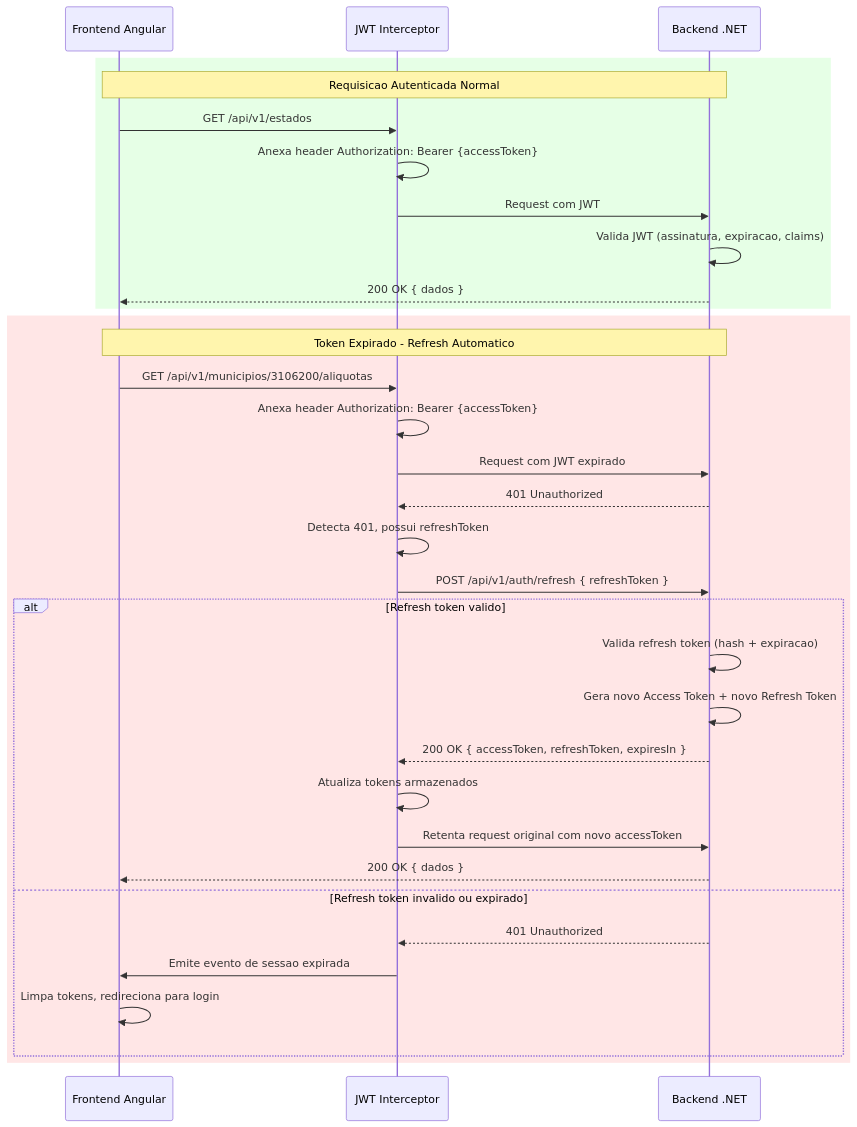
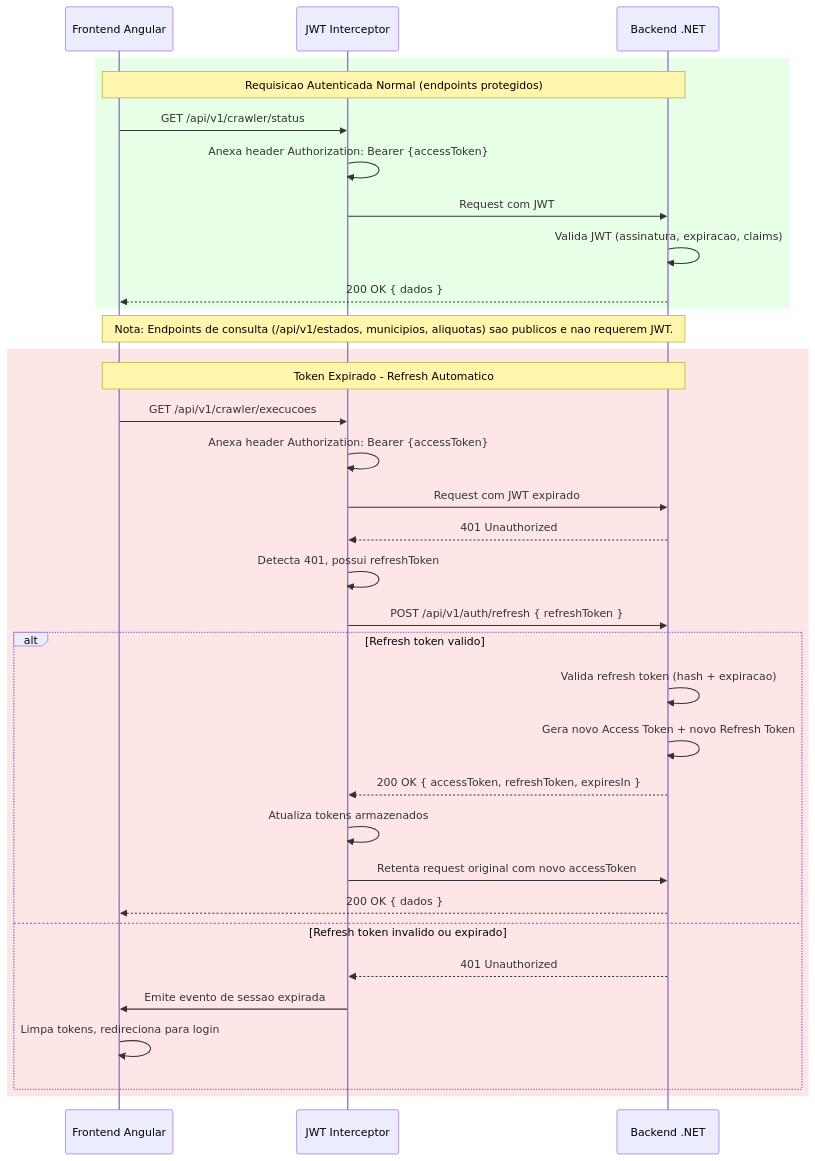
Before and after one commit to john182/poc-open-spec: the fifth of 8 diagrams in docs/technical-doc.md, drawn with Mermaid. The commit also changed other lines of this file and 6 other files, not shown here.

Commit message:
docs: update technical docs, worker strategy and API contracts to reflect DI refactoring, camelCase collections, public consulta endpoints and centralized index setup

````diff
--- a/docs/technical-doc.md
+++ b/docs/technical-doc.md
@@ -422,37 +422,39 @@
 ```mermaid
 sequenceDiagram
     participant F as Frontend Angular
     participant I as JWT Interceptor
     participant B as Backend .NET
 
     rect rgb(230, 255, 230)
-        Note over F,B: Requisicao Autenticada Normal
-        F->>I: GET /api/v1/estados
+        Note over F,B: Requisicao Autenticada Normal (endpoints protegidos)
+        F->>I: GET /api/v1/crawler/status
         I->>I: Anexa header Authorization: Bearer {accessToken}
         I->>B: Request com JWT
         B->>B: Valida JWT (assinatura, expiracao, claims)
         B-->>F: 200 OK { dados }
     end
 
+    Note over F,B: Nota: Endpoints de consulta (/api/v1/estados, municipios, aliquotas) sao publicos e nao requerem JWT.
+
     rect rgb(255, 230, 230)
         Note over F,B: Token Expirado - Refresh Automatico
-        F->>I: GET /api/v1/municipios/3106200/aliquotas
+        F->>I: GET /api/v1/crawler/execucoes
         I->>I: Anexa header Authorization: Bearer {accessToken}
         I->>B: Request com JWT expirado
         B-->>I: 401 Unauthorized
         I->>I: Detecta 401, possui refreshToken
         I->>B: POST /api/v1/auth/refresh { refreshToken }
         alt Refresh token valido
             B->>B: Valida refresh token (hash + expiracao)
             B->>B: Gera novo Access Token + novo Refresh Token
             B-->>I: 200 OK { accessToken, refreshToken, expiresIn }
             I->>I: Atualiza tokens armazenados
             I->>B: Retenta request original com novo accessToken
             B-->>F: 200 OK { dados }
         else Refresh token invalido ou expirado
             B-->>I: 401 Unauthorized
             I->>F: Emite evento de sessao expirada
             F->>F: Limpa tokens, redireciona para login
         end
     end
 ```
````
